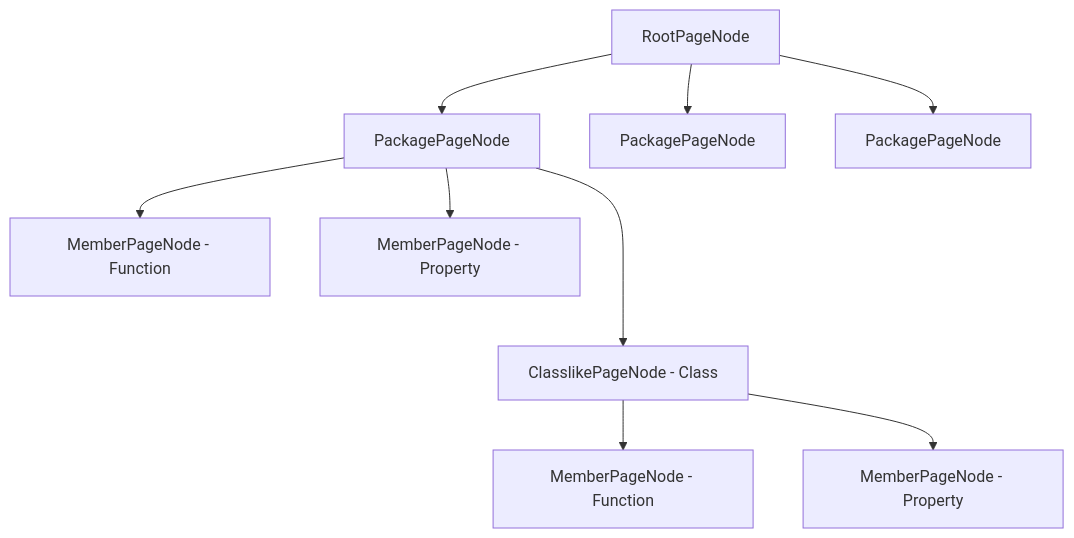
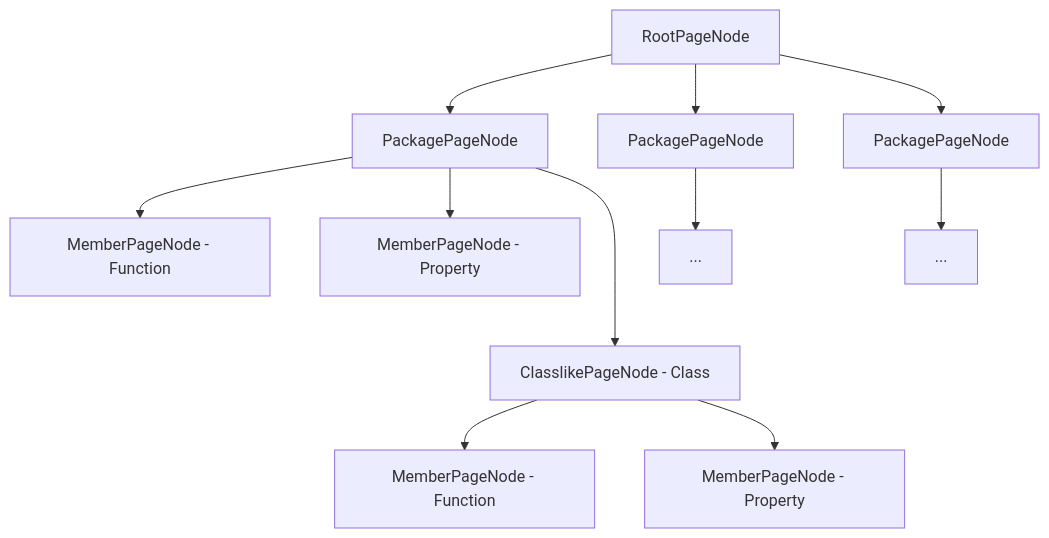
One commit to Kotlin/dokka changed the diagram in docs/src/doc/docs/developer_guide/architecture/data_model/page_content.md. Above: the diagram before and after it, drawn with Mermaid. The commit also changed other lines of this file and 5 other files, not shown here.

Commit message:
Add more explanations and comments to diagrams

````diff
--- a/docs/src/doc/docs/developer_guide/architecture/data_model/page_content.md
+++ b/docs/src/doc/docs/developer_guide/architecture/data_model/page_content.md
@@ -21,11 +22,13 @@
 ```mermaid
 flowchart TD
     RootPageNode --> firstPackage[PackagePageNode]
     RootPageNode --> secondPackage[PackagePageNode]
     RootPageNode --> thirdPackage[PackagePageNode]
     firstPackage --> firstPackageFirstMember[MemberPageNode - Function]
     firstPackage --> firstPackageSecondMember[MemberPageNode - Property]
     firstPackage ---> firstPackageClasslike[ClasslikePageNode - Class]
     firstPackageClasslike --> firstPackageClasslikeFirstMember[MemberPageNode - Function]
     firstPackageClasslike --> firstPackageClasslikeSecondMember[MemberPageNode - Property]
+    secondPackage --> etcOne[...]
+    thirdPackage --> etcTwo[...]
 ```
````
